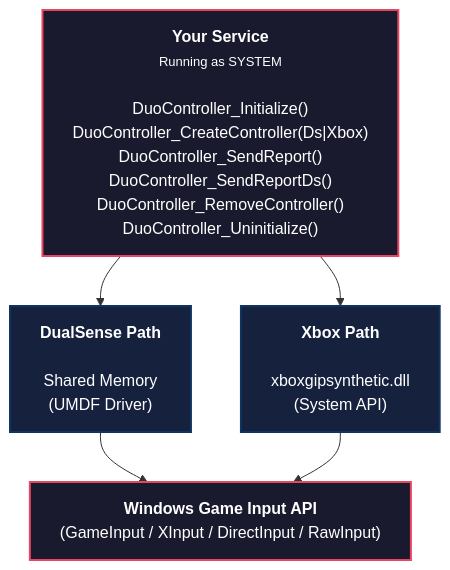
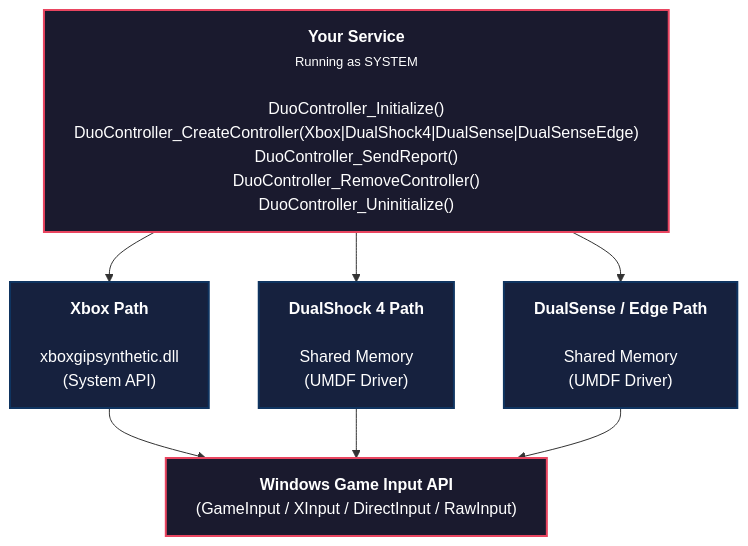
One commit to DuoStream/DuoController changed the diagram in README.md. Above: the diagram before and after it, drawn with Mermaid. The commit also changed other lines of this file and 14 other files, not shown here.

Commit message:
Added support for DualShock 4 and DualSense

````diff
--- a/README.md
+++ b/README.md
@@ -56,17 +56,21 @@
 ```mermaid
 flowchart TB
-    App["<b>Your Service</b><br/><span style='white-space:nowrap;color:inherit;font-size:small'>Running as SYSTEM</span><br/><br/>DuoController_Initialize()<br/><span style='white-space:nowrap;color:inherit'>DuoController_CreateController(Ds|Xbox)</span><br/>DuoController_SendReport()<br/>DuoController_SendReportDs()<br/>DuoController_RemoveController()<br/>DuoController_Uninitialize()"]
-    DS["<b>DualSense Path</b><br/><br/>Shared Memory<br/>(UMDF Driver)"]
+    App["<b>Your Service</b><br/><span style='white-space:nowrap;color:inherit;font-size:small'>Running as SYSTEM</span><br/><br/>DuoController_Initialize()<br/><span style='white-space:nowrap;color:inherit'>DuoController_CreateController(Xbox|DualShock4|DualSense|DualSenseEdge)</span><br/>DuoController_SendReport()<br/>DuoController_RemoveController()<br/>DuoController_Uninitialize()"]
     Xbox["<b>Xbox Path</b><br/><br/>xboxgipsynthetic.dll<br/>(System API)"]
+    DS4["<b>DualShock 4 Path</b><br/><br/>Shared Memory<br/>(UMDF Driver)"]
+    DS["<b>DualSense / Edge Path</b><br/><br/>Shared Memory<br/>(UMDF Driver)"]
     Input["<b>Windows Game Input API</b><br/><span style='white-space:nowrap;color:inherit'>(GameInput / XInput / DirectInput / RawInput)</span>"]
 
+    App --> Xbox
+    App --> DS4
     App --> DS
-    App --> Xbox
+    Xbox --> Input
+    DS4 --> Input
     DS --> Input
-    Xbox --> Input
 
     style App fill:#1a1a2e,stroke:#e94560,stroke-width:2px,color:#fff
+    style Xbox fill:#16213e,stroke:#0f3460,stroke-width:2px,color:#fff
+    style DS4 fill:#16213e,stroke:#0f3460,stroke-width:2px,color:#fff
     style DS fill:#16213e,stroke:#0f3460,stroke-width:2px,color:#fff
-    style Xbox fill:#16213e,stroke:#0f3460,stroke-width:2px,color:#fff
     style Input fill:#1a1a2e,stroke:#e94560,stroke-width:2px,color:#fff
 ```
````
